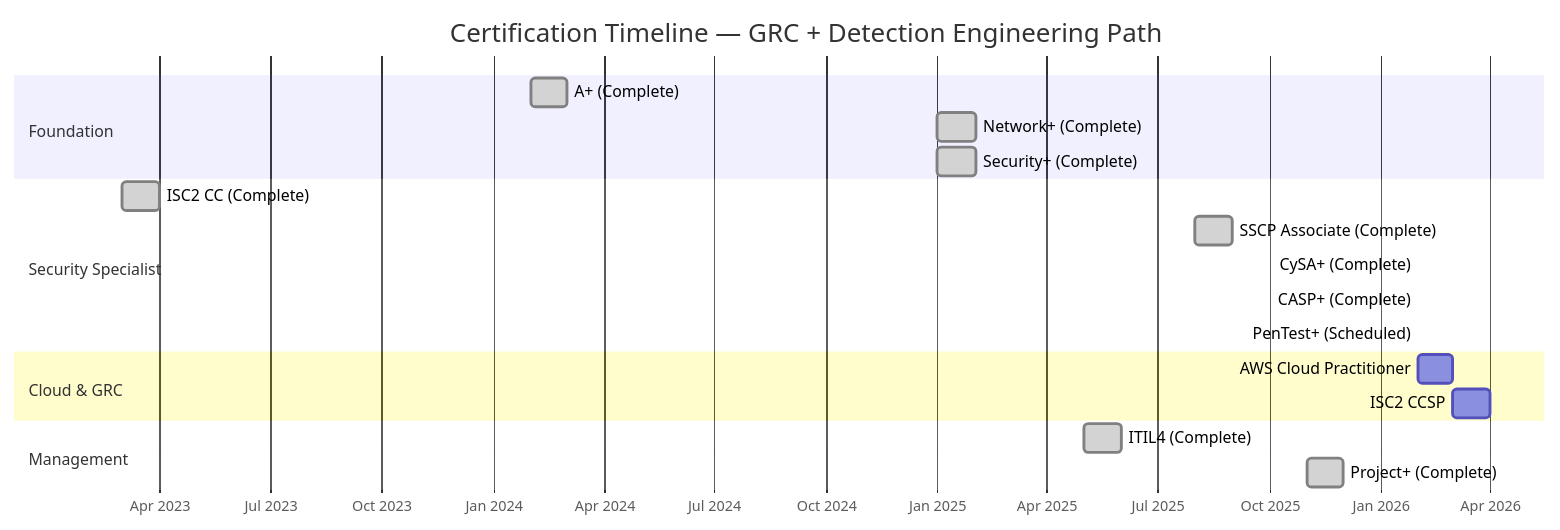
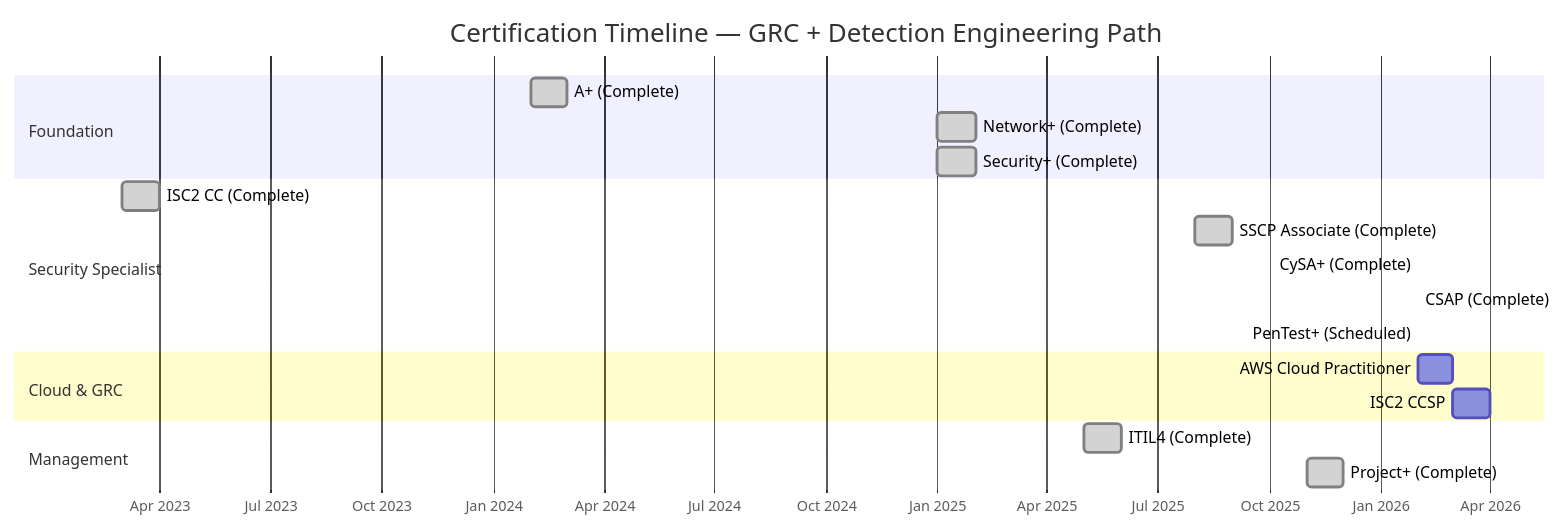
The diagram in docs/certifications.md (Pharns/portfolio), drawn with Mermaid before and after one commit. The commit also changed other lines of this file and 3 other files, not shown here.

First line of the commit message:
fix: replace incorrect CASP+ with CSAP across all pages

````diff
--- a/docs/certifications.md
+++ b/docs/certifications.md
@@ -16,26 +16,26 @@
 ```mermaid
 gantt
     title Certification Timeline — GRC + Detection Engineering Path
     dateFormat YYYY-MM
     axisFormat %b %Y
 
     section Foundation
     A+ (Complete)           :done, 2024-02, 2024-03
     Network+ (Complete)     :done, 2025-01, 2025-02
     Security+ (Complete)    :done, 2025-01, 2025-02
 
     section Security Specialist
     ISC2 CC (Complete)      :done, 2023-03, 2023-04
     SSCP Associate (Complete) :done, 2025-08, 2025-09
     CySA+ (Complete)        :done, 2026-02, 2026-02
-    CASP+ (Complete)        :done, 2026-02, 2026-02
+    CSAP (Complete)         :done, 2026-02, 2026-02
     PenTest+ (Scheduled)    :active, 2026-02, 2026-02
 
     section Cloud & GRC
     AWS Cloud Practitioner  :2026-02, 2026-03
     ISC2 CCSP              :2026-03, 2026-04
 
     section Management
     ITIL4 (Complete)        :done, 2025-05, 2025-06
     Project+ (Complete)     :done, 2025-11, 2025-12
 ```
````
